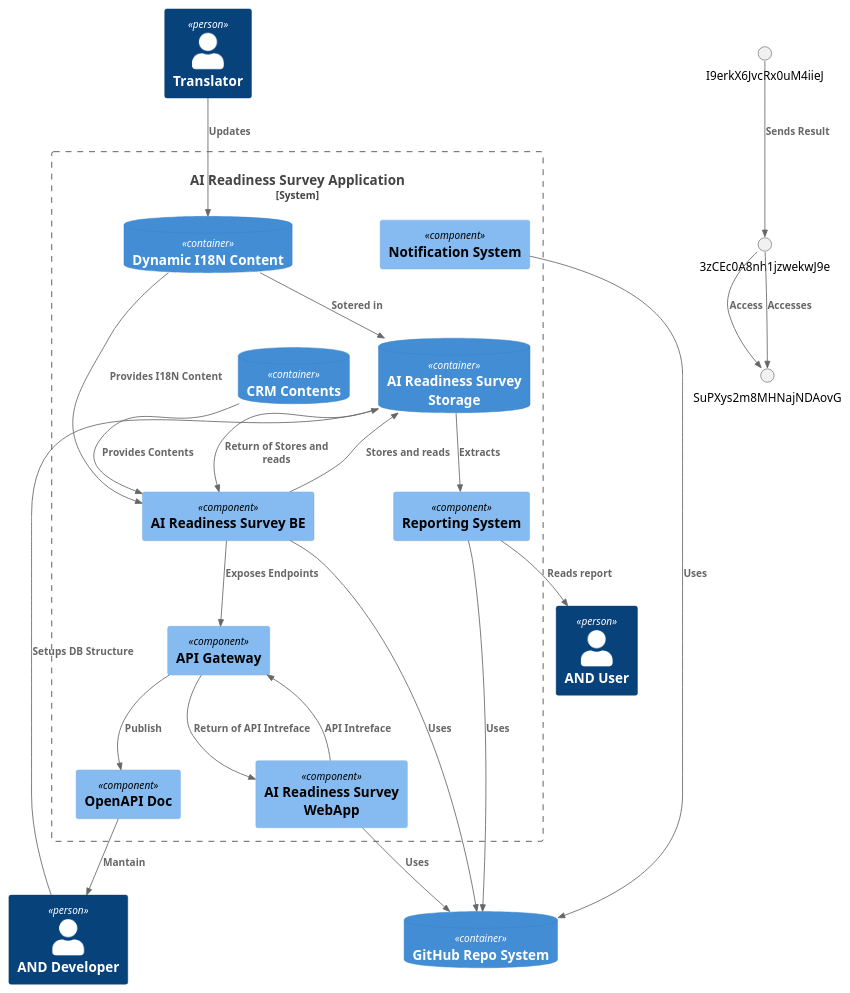
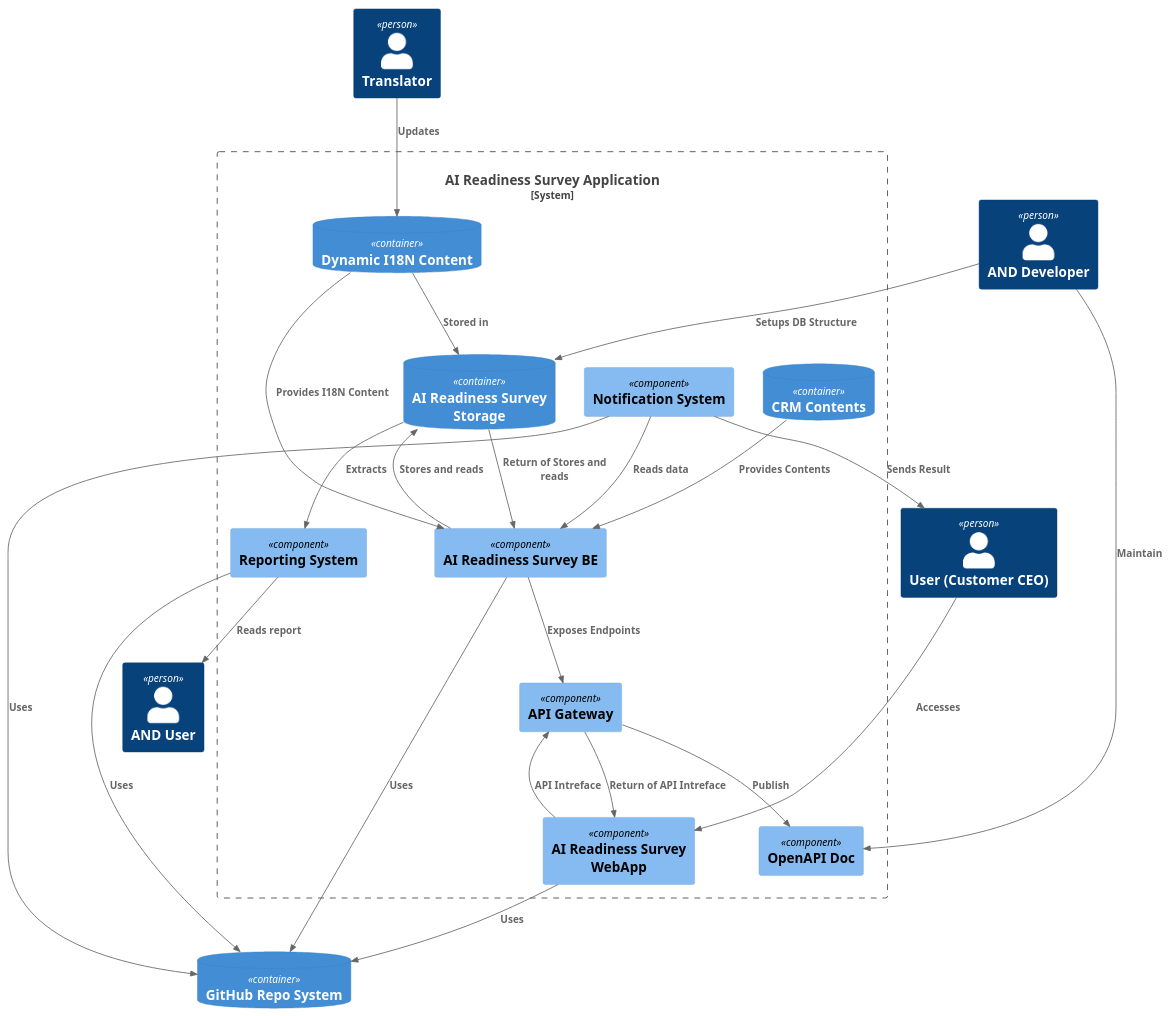
One commit to brunasti/icepanel-tools changed the diagram in examples/ai/icePanel-C4-2-AI_Readiness_Survey_Application.puml. Above: the diagram before and after it, drawn with PlantUML. The commit also changed 10 other files, not shown here.

```diff
--- a/examples/ai/icePanel-C4-2-AI_Readiness_Survey_Application.puml
+++ b/examples/ai/icePanel-C4-2-AI_Readiness_Survey_Application.puml
@@ -4,7 +4,7 @@
 ' Converter          : it.brunasti.icepanel.tools.IcePanelToPlantUmlConverter
 ' IcePanel JSON File : [./examples/ai/ARS-AI_Readiness_Survey.json]
 ' Configuration      : [./examples/ai/config.json]
-' Generated at       : Thu May 02 16:59:45 CEST 2024
+' Generated at       : Thu May 02 18:03:09 CEST 2024
 
 !include https://raw.githubusercontent.com/plantuml-stdlib/C4-PlantUML/master/C4_Context.puml
 !include https://raw.githubusercontent.com/plantuml-stdlib/C4-PlantUML/master/C4_Component.puml
@@ -29,180 +29,246 @@
 Person(aoPaRfmaQuiM5hH5QhmS, "AND Developer", "")
 Person(I3ut2I4Ct9f3UDszgxf1, "Translator", "")
 Person(KkUEHQQOml7FBUrTDfgF, "AND User", "")
+Person(3zCEc0A8nh1jzwekwJ9e, "User (Customer CEO)", "")
 ContainerDb(Fyh0CkKDWXU6cSuyq7FS, "GitHub Repo System", "", "")
 
 
 ' SUB DIAGRAM CONNECTIONS ======= Base : [MVsaKWytzsPec5DvAzrJ]
 ' CONNECTION : [Stores and reads] [d0yXDxJmyhA9EL5YiepF] [tlobGJ03gGg0eTGJjeCt] [bidirectional]
 ' Internal of (MVsaKWytzsPec5DvAzrJ) (MVsaKWytzsPec5DvAzrJ)
-' but at least one first level
 ' search source ancestor
 ' Found source ancestor
 Rel(SPQI7VF4lQr2xI6LfLFL, tlobGJ03gGg0eTGJjeCt, "Stores and reads" )
 Rel(tlobGJ03gGg0eTGJjeCt, SPQI7VF4lQr2xI6LfLFL, "Return of Stores and reads" )
 ' CONNECTION : [Responds] [ccRXgtE4SCPOsJ86Bucd] [tkH0Nyiet0J81k3G0P0b] [outgoing]
 ' Internal of (MVsaKWytzsPec5DvAzrJ) (MVsaKWytzsPec5DvAzrJ)
-' Rel(ccRXgtE4SCPOsJ86Bucd, tkH0Nyiet0J81k3G0P0b, "Responds" )
+' search target ancestor
+' Found target ancestor
+' search source ancestor
+' Found source ancestor
 ' CONNECTION : [Utilises] [d0yXDxJmyhA9EL5YiepF] [VfVOeO3QyBIGXrvCOwIi] [outgoing]
 ' Internal of (MVsaKWytzsPec5DvAzrJ) (MVsaKWytzsPec5DvAzrJ)
-' Rel(d0yXDxJmyhA9EL5YiepF, VfVOeO3QyBIGXrvCOwIi, "Utilises" )
+' search target ancestor
+' Found target ancestor
+' search source ancestor
+' Found source ancestor
 ' CONNECTION : [Uses] [bJilmQwJf6L105KZVIqf] [LS52GSxTaF82aLsMAGUJ] [outgoing]
 ' Internal of (MVsaKWytzsPec5DvAzrJ) (MVsaKWytzsPec5DvAzrJ)
-' Rel(bJilmQwJf6L105KZVIqf, LS52GSxTaF82aLsMAGUJ, "Uses" )
+' search target ancestor
+' Found target ancestor
+' search source ancestor
+' Found source ancestor
 ' CONNECTION : [Composes] [tkH0Nyiet0J81k3G0P0b] [7eu55kM96LjjrzxMB2kO] [outgoing]
 ' Internal of (MVsaKWytzsPec5DvAzrJ) (MVsaKWytzsPec5DvAzrJ)
-' Rel(tkH0Nyiet0J81k3G0P0b, 7eu55kM96LjjrzxMB2kO, "Composes" )
+' search target ancestor
+' Found target ancestor
+' search source ancestor
+' Found source ancestor
 ' CONNECTION : [Extracts] [tlobGJ03gGg0eTGJjeCt] [Zas67UmkOs1zk4BhDirK] [outgoing]
 ' Internal of (MVsaKWytzsPec5DvAzrJ) (MVsaKWytzsPec5DvAzrJ)
-' but at least one first level
 ' both
 Rel(tlobGJ03gGg0eTGJjeCt, Zas67UmkOs1zk4BhDirK, "Extracts" )
 ' CONNECTION : [Accesses] [d0yXDxJmyhA9EL5YiepF] [5eGbhrgZL6CVjXVxG9EB] [outgoing]
 ' Internal of (MVsaKWytzsPec5DvAzrJ) (MVsaKWytzsPec5DvAzrJ)
-' Rel(d0yXDxJmyhA9EL5YiepF, 5eGbhrgZL6CVjXVxG9EB, "Accesses" )
-' CONNECTION : [Mantain] [3aSu0mcX7m60VrLzm7L6] [aoPaRfmaQuiM5hH5QhmS] [outgoing]
-' but at least one first level
 ' search target ancestor
-' Target ancestor out of the container
-Rel(3aSu0mcX7m60VrLzm7L6, aoPaRfmaQuiM5hH5QhmS, "Mantain" )
+' Found target ancestor
+' search source ancestor
+' Found source ancestor
+' CONNECTION : [Maintain] [aoPaRfmaQuiM5hH5QhmS] [3aSu0mcX7m60VrLzm7L6] [outgoing]
+' search source ancestor
+' Source ancestor out of the container
+Rel(aoPaRfmaQuiM5hH5QhmS, 3aSu0mcX7m60VrLzm7L6, "Maintain" )
 ' CONNECTION : [User Survey Result] [4S6STeueefjDuU4xPjRW] [bJilmQwJf6L105KZVIqf] [outgoing]
 ' Internal of (MVsaKWytzsPec5DvAzrJ) (MVsaKWytzsPec5DvAzrJ)
-' Rel(4S6STeueefjDuU4xPjRW, bJilmQwJf6L105KZVIqf, "User Survey Result" )
+' search target ancestor
+' Found target ancestor
+' search source ancestor
+' Found source ancestor
 ' CONNECTION : [Compiles] [K4wE6hv7lp6PXCIzvmzi] [7eu55kM96LjjrzxMB2kO] [outgoing]
 ' Internal of (MVsaKWytzsPec5DvAzrJ) (MVsaKWytzsPec5DvAzrJ)
-' Rel(K4wE6hv7lp6PXCIzvmzi, 7eu55kM96LjjrzxMB2kO, "Compiles" )
+' search target ancestor
+' Found target ancestor
+' search source ancestor
+' Found source ancestor
 ' CONNECTION : [Controls Access] [SuPXys2m8MHNajNDAovG] [V9vsEFD13t044w0g9kcU] [outgoing]
 ' Internal of (MVsaKWytzsPec5DvAzrJ) (MVsaKWytzsPec5DvAzrJ)
-' Rel(SuPXys2m8MHNajNDAovG, V9vsEFD13t044w0g9kcU, "Controls Access" )
+' search target ancestor
+' Found target ancestor
+' search source ancestor
+' Found source ancestor
 ' CONNECTION : [Provides Contents] [6KEeGMtfXzcAtPxRMm95] [5eGbhrgZL6CVjXVxG9EB] [outgoing]
 ' Internal of (MVsaKWytzsPec5DvAzrJ) (MVsaKWytzsPec5DvAzrJ)
-' but at least one first level
 ' search target ancestor
 ' Found target ancestor
 Rel(6KEeGMtfXzcAtPxRMm95, SPQI7VF4lQr2xI6LfLFL, "Provides Contents" )
-' CONNECTION : [Access] [3zCEc0A8nh1jzwekwJ9e] [SuPXys2m8MHNajNDAovG] [outgoing]
-Rel(3zCEc0A8nh1jzwekwJ9e, SuPXys2m8MHNajNDAovG, "Access" )
 ' CONNECTION : [Answered by] [K4wE6hv7lp6PXCIzvmzi] [bJilmQwJf6L105KZVIqf] [outgoing]
 ' Internal of (MVsaKWytzsPec5DvAzrJ) (MVsaKWytzsPec5DvAzrJ)
-' Rel(K4wE6hv7lp6PXCIzvmzi, bJilmQwJf6L105KZVIqf, "Answered by" )
+' search target ancestor
+' Found target ancestor
+' search source ancestor
+' Found source ancestor
 ' CONNECTION : [Corresponds] [ccRXgtE4SCPOsJ86Bucd] [ToaUegZzOkTYIdKge5Qq] [outgoing]
 ' Internal of (MVsaKWytzsPec5DvAzrJ) (MVsaKWytzsPec5DvAzrJ)
-' Rel(ccRXgtE4SCPOsJ86Bucd, ToaUegZzOkTYIdKge5Qq, "Corresponds" )
+' search target ancestor
+' Found target ancestor
+' search source ancestor
+' Found source ancestor
 ' CONNECTION : [Updates] [I3ut2I4Ct9f3UDszgxf1] [iZVcQxlnkbrnOYjJqqv2] [outgoing]
-' but at least one first level
 ' search source ancestor
 ' Source ancestor out of the container
 Rel(I3ut2I4Ct9f3UDszgxf1, iZVcQxlnkbrnOYjJqqv2, "Updates" )
 ' CONNECTION : [Delivers] [V9vsEFD13t044w0g9kcU] [VK9ZFiCYByBvFGzQxBpq] [outgoing]
 ' Internal of (MVsaKWytzsPec5DvAzrJ) (MVsaKWytzsPec5DvAzrJ)
-' Rel(V9vsEFD13t044w0g9kcU, VK9ZFiCYByBvFGzQxBpq, "Delivers" )
+' search target ancestor
+' Found target ancestor
+' search source ancestor
+' Found source ancestor
 ' CONNECTION : [API Intreface] [x6BTWIQ3rThpdBgHOSRZ] [mCLYSixzXMXK6M59oIYW] [bidirectional]
 ' Internal of (MVsaKWytzsPec5DvAzrJ) (MVsaKWytzsPec5DvAzrJ)
-' but at least one first level
 ' search source ancestor
 ' Found source ancestor
 Rel(5hrlGZy5caua0ihnw1fz, mCLYSixzXMXK6M59oIYW, "API Intreface" )
 Rel(mCLYSixzXMXK6M59oIYW, 5hrlGZy5caua0ihnw1fz, "Return of API Intreface" )
 ' CONNECTION : [Implemented by] [fhOu4B6mDXc7nf9z8b9C] [d0yXDxJmyhA9EL5YiepF] [outgoing]
 ' Internal of (MVsaKWytzsPec5DvAzrJ) (MVsaKWytzsPec5DvAzrJ)
-' Rel(fhOu4B6mDXc7nf9z8b9C, d0yXDxJmyhA9EL5YiepF, "Implemented by" )
+' search target ancestor
+' Found target ancestor
+' search source ancestor
+' Found source ancestor
 ' CONNECTION : [Provides I18N Content] [iZVcQxlnkbrnOYjJqqv2] [VfVOeO3QyBIGXrvCOwIi] [outgoing]
 ' Internal of (MVsaKWytzsPec5DvAzrJ) (MVsaKWytzsPec5DvAzrJ)
-' but at least one first level
 ' search target ancestor
 ' Found target ancestor
 Rel(iZVcQxlnkbrnOYjJqqv2, SPQI7VF4lQr2xI6LfLFL, "Provides I18N Content" )
 ' CONNECTION : [Set Value for] [XrwLMmIqBRBHFCQBkwLC] [kqoiQoApomG9vCdJgRCS] [outgoing]
 ' Internal of (MVsaKWytzsPec5DvAzrJ) (MVsaKWytzsPec5DvAzrJ)
-' Rel(XrwLMmIqBRBHFCQBkwLC, kqoiQoApomG9vCdJgRCS, "Set Value for" )
+' search target ancestor
+' Found target ancestor
+' search source ancestor
+' Found source ancestor
 ' CONNECTION : [Setups DB Structure] [aoPaRfmaQuiM5hH5QhmS] [tlobGJ03gGg0eTGJjeCt] [outgoing]
-' but at least one first level
 ' search source ancestor
 ' Source ancestor out of the container
 Rel(aoPaRfmaQuiM5hH5QhmS, tlobGJ03gGg0eTGJjeCt, "Setups DB Structure" )
 ' CONNECTION : [Uses] [5hrlGZy5caua0ihnw1fz] [Fyh0CkKDWXU6cSuyq7FS] [outgoing]
-' but at least one first level
 ' search target ancestor
 ' Target ancestor out of the container
 Rel(5hrlGZy5caua0ihnw1fz, Fyh0CkKDWXU6cSuyq7FS, "Uses" )
 ' CONNECTION : [Refers to User] [XrwLMmIqBRBHFCQBkwLC] [bJilmQwJf6L105KZVIqf] [outgoing]
 ' Internal of (MVsaKWytzsPec5DvAzrJ) (MVsaKWytzsPec5DvAzrJ)
-' Rel(XrwLMmIqBRBHFCQBkwLC, bJilmQwJf6L105KZVIqf, "Refers to User" )
+' search target ancestor
+' Found target ancestor
+' search source ancestor
+' Found source ancestor
 ' CONNECTION : [Corresponds to Stage (Derived)] [LsUYohywFy73cbNxkS1m] [ToaUegZzOkTYIdKge5Qq] [outgoing]
 ' Internal of (MVsaKWytzsPec5DvAzrJ) (MVsaKWytzsPec5DvAzrJ)
-' Rel(LsUYohywFy73cbNxkS1m, ToaUegZzOkTYIdKge5Qq, "Corresponds to Stage (Derived)" )
+' search target ancestor
+' Found target ancestor
+' search source ancestor
+' Found source ancestor
 ' CONNECTION : [Commits code] [aoPaRfmaQuiM5hH5QhmS] [Fyh0CkKDWXU6cSuyq7FS] [outgoing]
 ' CONNECTION : [Publish] [mCLYSixzXMXK6M59oIYW] [3aSu0mcX7m60VrLzm7L6] [outgoing]
 ' Internal of (MVsaKWytzsPec5DvAzrJ) (MVsaKWytzsPec5DvAzrJ)
-' but at least one first level
 ' both
 Rel(mCLYSixzXMXK6M59oIYW, 3aSu0mcX7m60VrLzm7L6, "Publish" )
 ' CONNECTION : [Rappresents] [awiZhehg5tNZRyDuZDr9] [7eu55kM96LjjrzxMB2kO] [outgoing]
 ' Internal of (MVsaKWytzsPec5DvAzrJ) (MVsaKWytzsPec5DvAzrJ)
-' Rel(awiZhehg5tNZRyDuZDr9, 7eu55kM96LjjrzxMB2kO, "Rappresents" )
+' search target ancestor
+' Found target ancestor
+' search source ancestor
+' Found source ancestor
 ' CONNECTION : [Uses] [INwNu3tqXQVOUeQ95rmz] [Fyh0CkKDWXU6cSuyq7FS] [outgoing]
-' but at least one first level
 ' search target ancestor
 ' Target ancestor out of the container
 Rel(INwNu3tqXQVOUeQ95rmz, Fyh0CkKDWXU6cSuyq7FS, "Uses" )
 ' CONNECTION : [Translates] [TxZtQCNHfOvU0hauU7me] [LS52GSxTaF82aLsMAGUJ] [outgoing]
 ' Internal of (MVsaKWytzsPec5DvAzrJ) (MVsaKWytzsPec5DvAzrJ)
-' Rel(TxZtQCNHfOvU0hauU7me, LS52GSxTaF82aLsMAGUJ, "Translates" )
+' search target ancestor
+' Found target ancestor
+' search source ancestor
+' Found source ancestor
 ' CONNECTION : [Dimension] [4S6STeueefjDuU4xPjRW] [awiZhehg5tNZRyDuZDr9] [outgoing]
 ' Internal of (MVsaKWytzsPec5DvAzrJ) (MVsaKWytzsPec5DvAzrJ)
-' Rel(4S6STeueefjDuU4xPjRW, awiZhehg5tNZRyDuZDr9, "Dimension" )
+' search target ancestor
+' Found target ancestor
+' search source ancestor
+' Found source ancestor
 ' CONNECTION : [Sends Result] [I9erkX6JvcRx0uM4iieJ] [3zCEc0A8nh1jzwekwJ9e] [outgoing]
-Rel(I9erkX6JvcRx0uM4iieJ, 3zCEc0A8nh1jzwekwJ9e, "Sends Result" )
+' search target ancestor
+' Target ancestor out of the container
+' search source ancestor
+' Found source ancestor
+Rel(INwNu3tqXQVOUeQ95rmz, 3zCEc0A8nh1jzwekwJ9e, "Sends Result" )
 ' CONNECTION : [Exposes Endpoints] [fhOu4B6mDXc7nf9z8b9C] [mCLYSixzXMXK6M59oIYW] [outgoing]
 ' Internal of (MVsaKWytzsPec5DvAzrJ) (MVsaKWytzsPec5DvAzrJ)
-' but at least one first level
 ' search source ancestor
 ' Found source ancestor
 Rel(SPQI7VF4lQr2xI6LfLFL, mCLYSixzXMXK6M59oIYW, "Exposes Endpoints" )
 ' CONNECTION : [Executes] [V9vsEFD13t044w0g9kcU] [x6BTWIQ3rThpdBgHOSRZ] [outgoing]
 ' Internal of (MVsaKWytzsPec5DvAzrJ) (MVsaKWytzsPec5DvAzrJ)
-' Rel(V9vsEFD13t044w0g9kcU, x6BTWIQ3rThpdBgHOSRZ, "Executes" )
+' search target ancestor
+' Found target ancestor
+' search source ancestor
+' Found source ancestor
 ' CONNECTION : [status] [K4wE6hv7lp6PXCIzvmzi] [dOWFs1FDNaWOGsbJJUas] [outgoing]
 ' Internal of (MVsaKWytzsPec5DvAzrJ) (MVsaKWytzsPec5DvAzrJ)
-' Rel(K4wE6hv7lp6PXCIzvmzi, dOWFs1FDNaWOGsbJJUas, "status" )
+' search target ancestor
+' Found target ancestor
+' search source ancestor
+' Found source ancestor
 ' CONNECTION : [Reads data] [Q4JwBYUNizhrOK6IVNU0] [d0yXDxJmyhA9EL5YiepF] [outgoing]
 ' Internal of (MVsaKWytzsPec5DvAzrJ) (MVsaKWytzsPec5DvAzrJ)
-' Rel(Q4JwBYUNizhrOK6IVNU0, d0yXDxJmyhA9EL5YiepF, "Reads data" )
+' search target ancestor
+' Found target ancestor
+' search source ancestor
+' Found source ancestor
+Rel(INwNu3tqXQVOUeQ95rmz, SPQI7VF4lQr2xI6LfLFL, "Reads data" )
 ' CONNECTION : [Uses] [SPQI7VF4lQr2xI6LfLFL] [Fyh0CkKDWXU6cSuyq7FS] [outgoing]
-' but at least one first level
 ' search target ancestor
 ' Target ancestor out of the container
 Rel(SPQI7VF4lQr2xI6LfLFL, Fyh0CkKDWXU6cSuyq7FS, "Uses" )
 ' CONNECTION : [Is Part Of] [tkH0Nyiet0J81k3G0P0b] [awiZhehg5tNZRyDuZDr9] [outgoing]
 ' Internal of (MVsaKWytzsPec5DvAzrJ) (MVsaKWytzsPec5DvAzrJ)
-' Rel(tkH0Nyiet0J81k3G0P0b, awiZhehg5tNZRyDuZDr9, "Is Part Of" )
+' search target ancestor
+' Found target ancestor
+' search source ancestor
+' Found source ancestor
 ' CONNECTION : [Uses] [Zas67UmkOs1zk4BhDirK] [Fyh0CkKDWXU6cSuyq7FS] [outgoing]
-' but at least one first level
 ' search target ancestor
 ' Target ancestor out of the container
 Rel(Zas67UmkOs1zk4BhDirK, Fyh0CkKDWXU6cSuyq7FS, "Uses" )
 ' CONNECTION : [Reads report] [Zas67UmkOs1zk4BhDirK] [KkUEHQQOml7FBUrTDfgF] [outgoing]
-' but at least one first level
 ' search target ancestor
 ' Target ancestor out of the container
 Rel(Zas67UmkOs1zk4BhDirK, KkUEHQQOml7FBUrTDfgF, "Reads report" )
 ' CONNECTION : [Refers to] [kqoiQoApomG9vCdJgRCS] [7eu55kM96LjjrzxMB2kO] [bidirectional]
 ' Internal of (MVsaKWytzsPec5DvAzrJ) (MVsaKWytzsPec5DvAzrJ)
-' Rel(kqoiQoApomG9vCdJgRCS, 7eu55kM96LjjrzxMB2kO, "Refers to" )
-' Rel(7eu55kM96LjjrzxMB2kO, kqoiQoApomG9vCdJgRCS, "Return of Refers to" )
+' search target ancestor
+' Found target ancestor
+' search source ancestor
+' Found source ancestor
 ' CONNECTION : [User Question Response] [LsUYohywFy73cbNxkS1m] [ccRXgtE4SCPOsJ86Bucd] [outgoing]
 ' Internal of (MVsaKWytzsPec5DvAzrJ) (MVsaKWytzsPec5DvAzrJ)
-' Rel(LsUYohywFy73cbNxkS1m, ccRXgtE4SCPOsJ86Bucd, "User Question Response" )
-' CONNECTION : [Sotered in] [iZVcQxlnkbrnOYjJqqv2] [tlobGJ03gGg0eTGJjeCt] [outgoing]
+' search target ancestor
+' Found target ancestor
+' search source ancestor
+' Found source ancestor
+' CONNECTION : [Stored in] [iZVcQxlnkbrnOYjJqqv2] [tlobGJ03gGg0eTGJjeCt] [outgoing]
 ' Internal of (MVsaKWytzsPec5DvAzrJ) (MVsaKWytzsPec5DvAzrJ)
-' but at least one first level
 ' both
-Rel(iZVcQxlnkbrnOYjJqqv2, tlobGJ03gGg0eTGJjeCt, "Sotered in" )
+Rel(iZVcQxlnkbrnOYjJqqv2, tlobGJ03gGg0eTGJjeCt, "Stored in" )
 ' CONNECTION : [Accesses] [3zCEc0A8nh1jzwekwJ9e] [SuPXys2m8MHNajNDAovG] [outgoing]
-Rel(3zCEc0A8nh1jzwekwJ9e, SuPXys2m8MHNajNDAovG, "Accesses" )
+' search target ancestor
+' Found target ancestor
+' search source ancestor
+' Source ancestor out of the container
+Rel(3zCEc0A8nh1jzwekwJ9e, 5hrlGZy5caua0ihnw1fz, "Accesses" )
 ' CONNECTION : [Requests sending of email] [Q4JwBYUNizhrOK6IVNU0] [I9erkX6JvcRx0uM4iieJ] [outgoing]
 ' Internal of (MVsaKWytzsPec5DvAzrJ) (MVsaKWytzsPec5DvAzrJ)
-' Rel(Q4JwBYUNizhrOK6IVNU0, I9erkX6JvcRx0uM4iieJ, "Requests sending of email" )
+' search target ancestor
+' Found target ancestor
+' search source ancestor
+' Found source ancestor
 ' CONNECTION : [Provide Sources] [Fyh0CkKDWXU6cSuyq7FS] [MVsaKWytzsPec5DvAzrJ] [outgoing]
 
 
```
